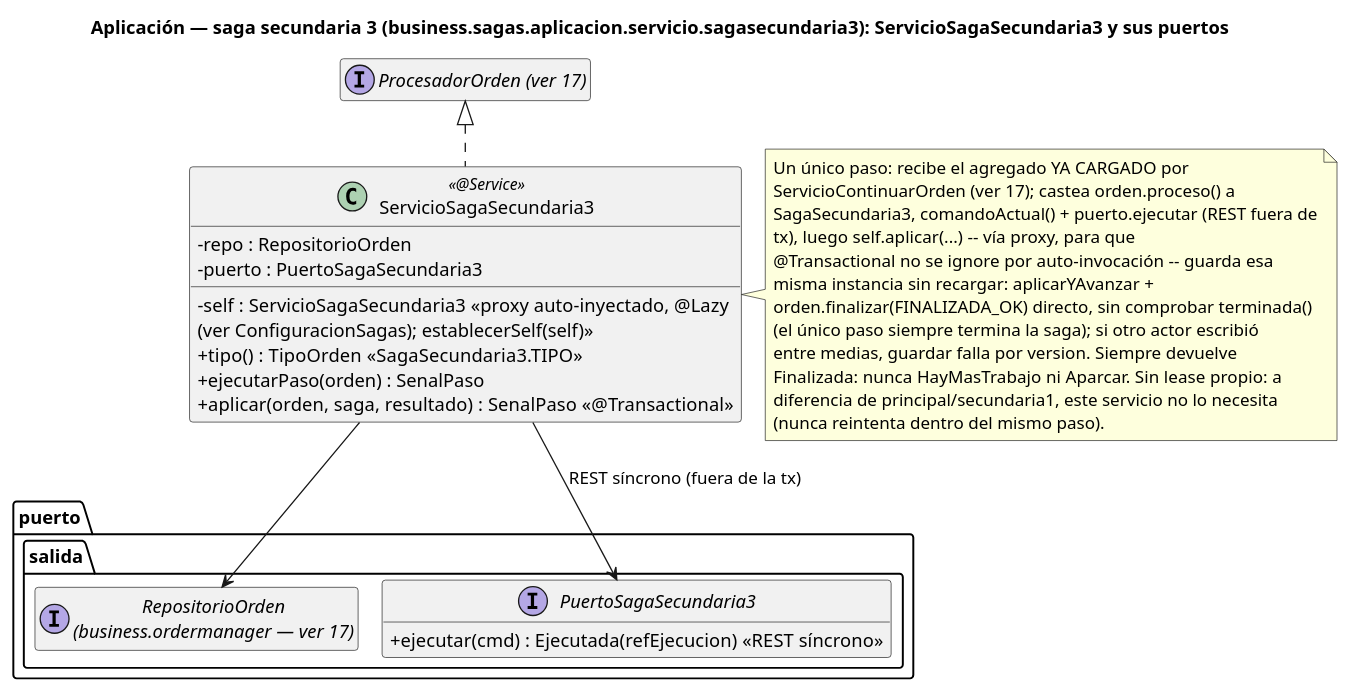
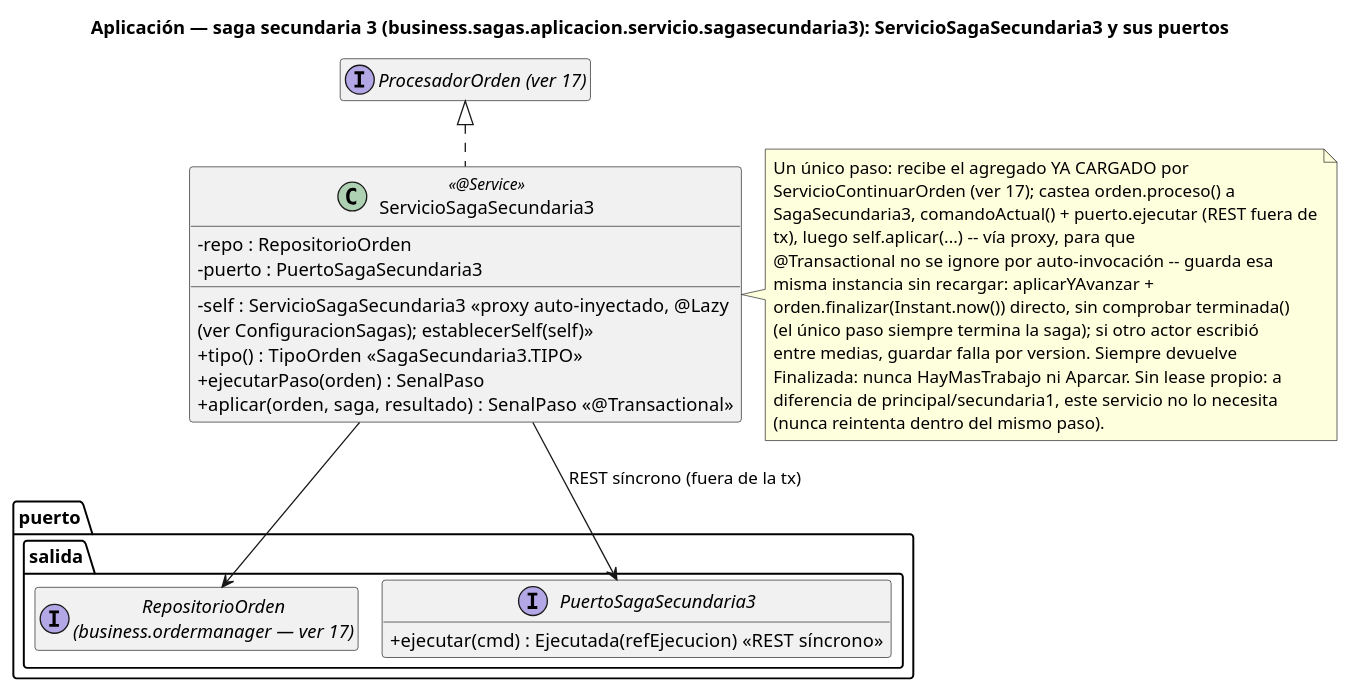
The diagram in order-manager/docs/21-clases-aplicacion-saga-secundaria3.puml (ralcazar/patrones), drawn with PlantUML before and after one commit. The commit also changed 24 other files, not shown here.

First line of the commit message:
Diagramas: sincronizar ResultadoOrden/FINALIZADA_OK con completadaEn

```diff
--- a/order-manager/docs/21-clases-aplicacion-saga-secundaria3.puml
+++ b/order-manager/docs/21-clases-aplicacion-saga-secundaria3.puml
@@ -1,42 +1,42 @@
 @startuml 21-clases-aplicacion-saga-secundaria3
 title Aplicación — saga secundaria 3 (business.sagas.aplicacion.servicio.sagasecundaria3): ServicioSagaSecundaria3 y sus puertos
 !pragma layout smetana
 hide empty members
 skinparam classAttributeIconSize 0
 
 interface "ProcesadorOrden (ver 17)" as Base
 
 class ServicioSagaSecundaria3 <<@Service>> {
   -repo : RepositorioOrden
   -puerto : PuertoSagaSecundaria3
   -self : ServicioSagaSecundaria3  «proxy auto-inyectado, @Lazy\n(ver ConfiguracionSagas); establecerSelf(self)»
   +tipo() : TipoOrden  «SagaSecundaria3.TIPO»
   +ejecutarPaso(orden) : SenalPaso
   +aplicar(orden, saga, resultado) : SenalPaso  «@Transactional»
 }
 note right of ServicioSagaSecundaria3
   Un único paso: recibe el agregado YA CARGADO por
   ServicioContinuarOrden (ver 17); castea orden.proceso() a
   SagaSecundaria3, comandoActual() + puerto.ejecutar (REST fuera de
   tx), luego self.aplicar(...) -- vía proxy, para que
   @Transactional no se ignore por auto-invocación -- guarda esa
   misma instancia sin recargar: aplicarYAvanzar +
-  orden.finalizar(FINALIZADA_OK) directo, sin comprobar terminada()
+  orden.finalizar(Instant.now()) directo, sin comprobar terminada()
   (el único paso siempre termina la saga); si otro actor escribió
   entre medias, guardar falla por version. Siempre devuelve
   Finalizada: nunca HayMasTrabajo ni Aparcar. Sin lease propio: a
   diferencia de principal/secundaria1, este servicio no lo necesita
   (nunca reintenta dentro del mismo paso).
 end note
 
 package "puerto.salida" {
   interface "RepositorioOrden\n(business.ordermanager — ver 17)" as RepositorioOrden
   interface PuertoSagaSecundaria3 {
     +ejecutar(cmd) : Ejecutada(refEjecucion)  «REST síncrono»
   }
 }
 
 Base <|.. ServicioSagaSecundaria3
 ServicioSagaSecundaria3 --> RepositorioOrden
 ServicioSagaSecundaria3 --> PuertoSagaSecundaria3 : REST síncrono (fuera de la tx)
 @enduml
```
